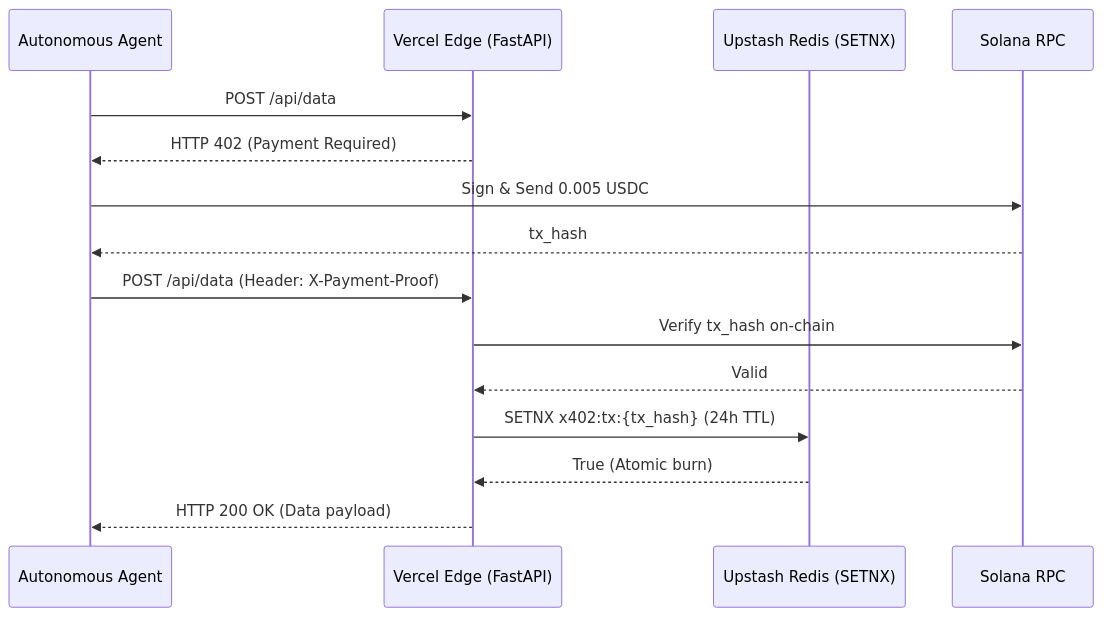
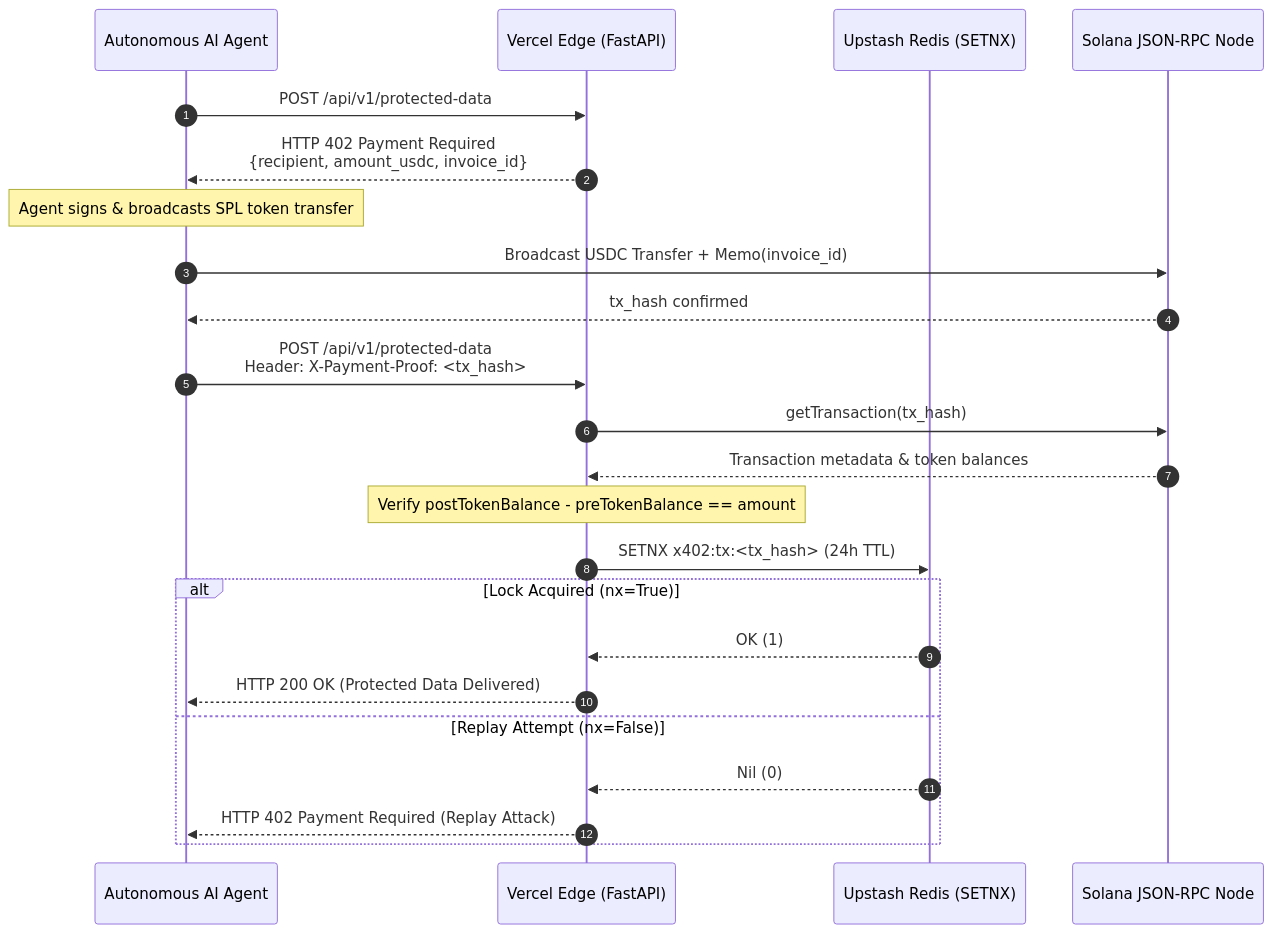
The diagram in README.md (roblambert9/x402-vercel-gateway), drawn with Mermaid before and after one commit. The commit also changed other lines of this file and 2 other files, not shown here.

Commit message:
docs: add MIT license, requirements.txt, and complete production documentation with sequence diagram

````diff
--- a/README.md
+++ b/README.md
@@ -10,18 +61,26 @@
 ```mermaid
 sequenceDiagram
-    participant Agent as Autonomous Agent
-    participant Vercel as Vercel Edge (FastAPI)
+    autonumber
+    participant Agent as Autonomous AI Agent
+    participant Gateway as Vercel Edge (FastAPI)
     participant Redis as Upstash Redis (SETNX)
-    participant RPC as Solana RPC
+    participant RPC as Solana JSON-RPC Node
 
-    Agent->>Vercel: POST /api/data
-    Vercel-->>Agent: HTTP 402 (Payment Required)
-    Agent->>RPC: Sign & Send 0.005 USDC
-    RPC-->>Agent: tx_hash
-    Agent->>Vercel: POST /api/data (Header: X-Payment-Proof)
-    Vercel->>RPC: Verify tx_hash on-chain
-    RPC-->>Vercel: Valid
-    Vercel->>Redis: SETNX x402:tx:{tx_hash} (24h TTL)
-    Redis-->>Vercel: True (Atomic burn)
-    Vercel-->>Agent: HTTP 200 OK (Data payload)
+    Agent->>Gateway: POST /api/v1/protected-data
+    Gateway-->>Agent: HTTP 402 Payment Required<br/>{recipient, amount_usdc, invoice_id}
+    Note over Agent: Agent signs & broadcasts SPL token transfer
+    Agent->>RPC: Broadcast USDC Transfer + Memo(invoice_id)
+    RPC-->>Agent: tx_hash confirmed
+    Agent->>Gateway: POST /api/v1/protected-data<br/>Header: X-Payment-Proof: <tx_hash>
+    Gateway->>RPC: getTransaction(tx_hash)
+    RPC-->>Gateway: Transaction metadata & token balances
+    Note over Gateway: Verify postTokenBalance - preTokenBalance == amount
+    Gateway->>Redis: SETNX x402:tx:<tx_hash> (24h TTL)
+    alt Lock Acquired (nx=True)
+        Redis-->>Gateway: OK (1)
+        Gateway-->>Agent: HTTP 200 OK (Protected Data Delivered)
+    else Replay Attempt (nx=False)
+        Redis-->>Gateway: Nil (0)
+        Gateway-->>Agent: HTTP 402 Payment Required (Replay Attack)
+    end
 ```
````
